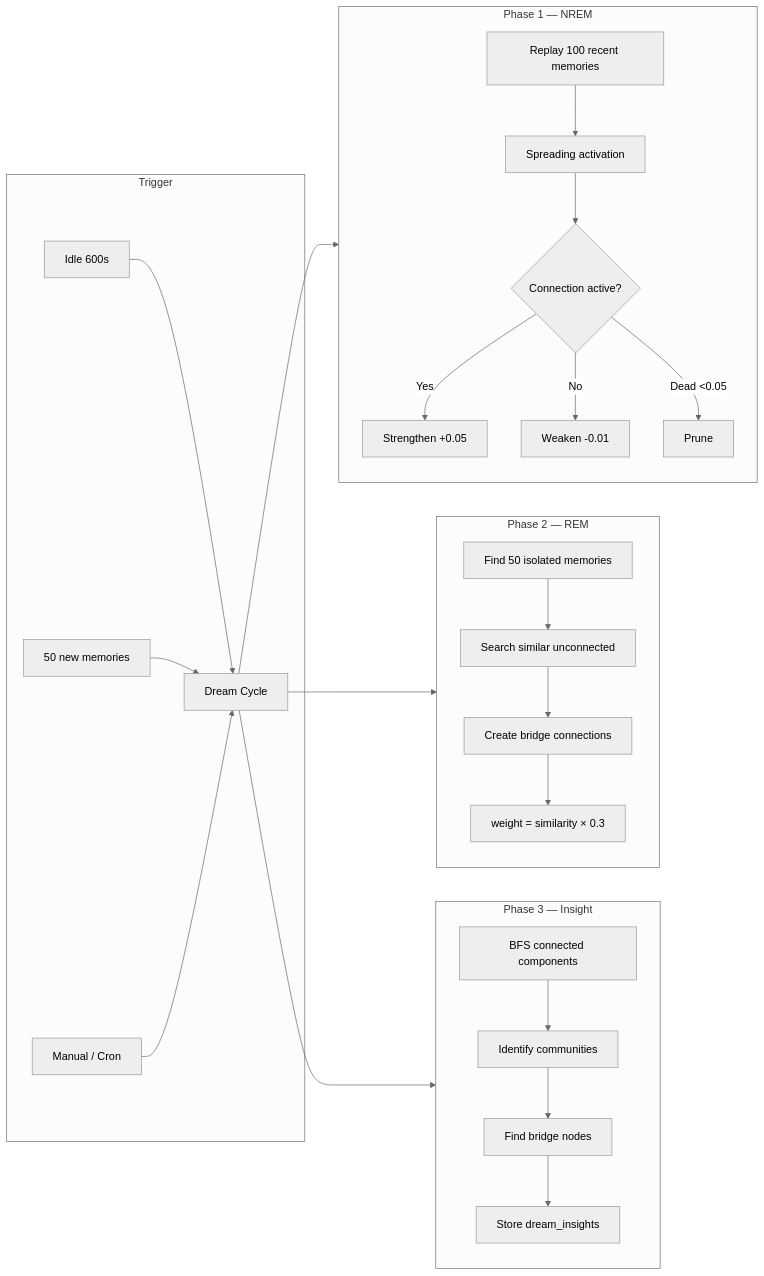
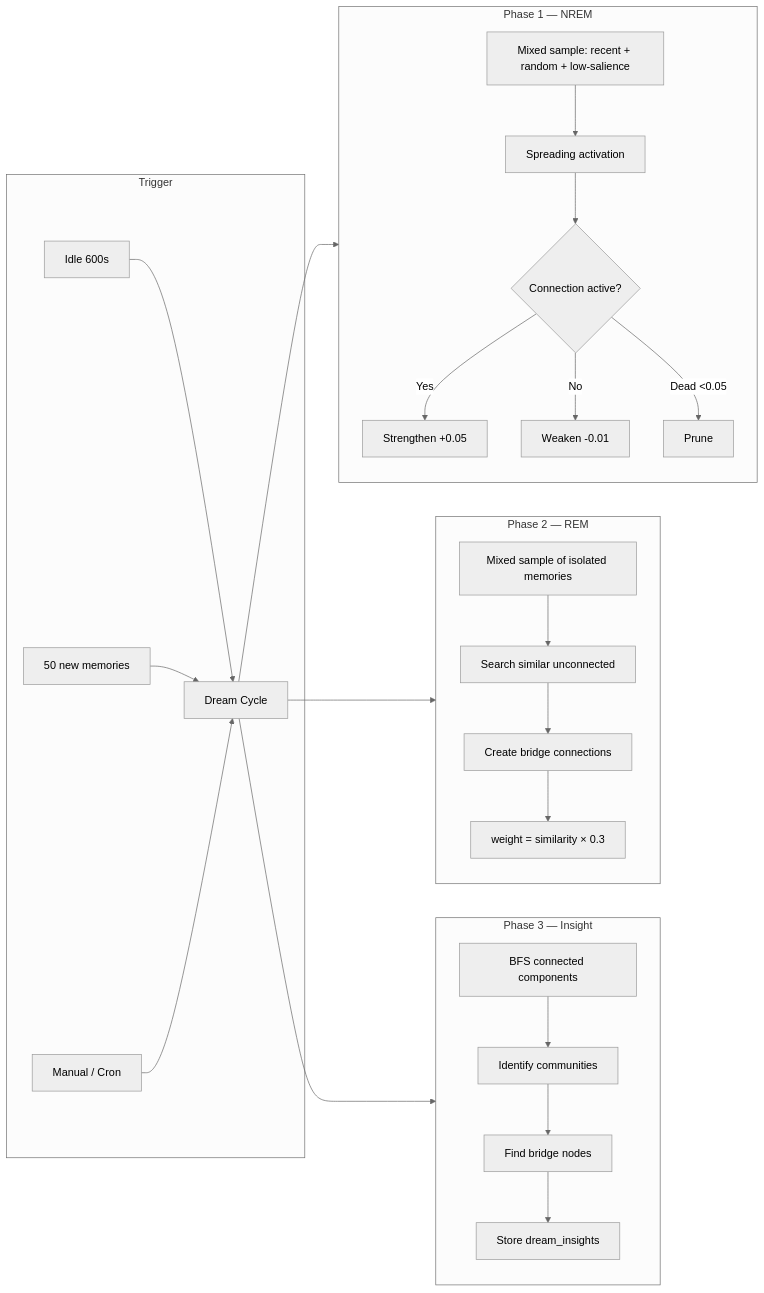
Before and after one commit to itsXactlY/mazemaker: the second of 2 diagrams in README.md, drawn with Mermaid (neutral theme). The commit also changed other lines of this file, not shown here.

First line of the commit message:
docs: dream sampling — mixed-slice strategy + tuning knobs

````diff
--- a/README.md
+++ b/README.md
@@ -325,35 +325,35 @@
 ```mermaid
 flowchart LR
     subgraph Trigger
         T1[Idle 600s] --> D
         T2[50 new memories] --> D
         T3[Manual / Cron] --> D
     end
 
     D[Dream Cycle] --> NREM
     D --> REM
     D --> INSIGHT
 
     subgraph NREM["Phase 1 — NREM"]
         direction TB
-        N1[Replay 100 recent memories] --> N2[Spreading activation]
+        N1[Mixed sample: recent + random + low-salience] --> N2[Spreading activation]
         N2 --> N3{Connection active?}
         N3 -->|Yes| N4[Strengthen +0.05]
         N3 -->|No| N5[Weaken -0.01]
         N3 -->|Dead <0.05| N6[Prune]
     end
 
     subgraph REM["Phase 2 — REM"]
         direction TB
-        R1[Find 50 isolated memories] --> R2[Search similar unconnected]
+        R1[Mixed sample of isolated memories] --> R2[Search similar unconnected]
         R2 --> R3[Create bridge connections]
         R3 --> R4[weight = similarity × 0.3]
     end
 
     subgraph INSIGHT["Phase 3 — Insight"]
         direction TB
         I1[BFS connected components] --> I2[Identify communities]
         I2 --> I3[Find bridge nodes]
         I3 --> I4[Store dream_insights]
     end
 ```
````
